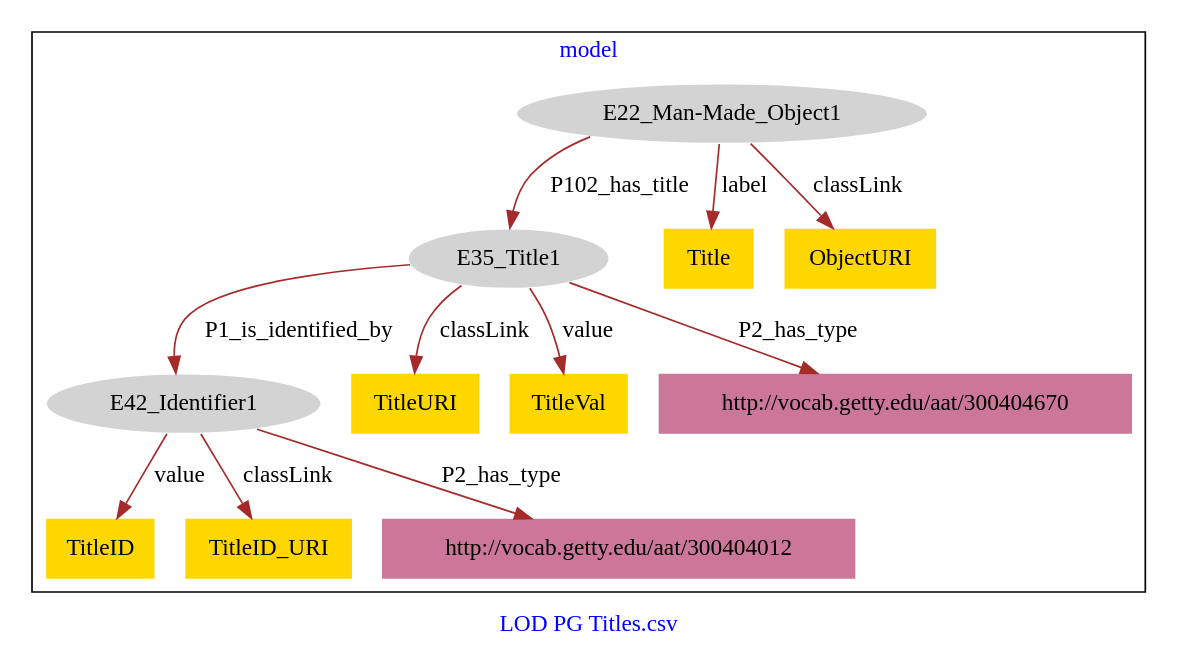
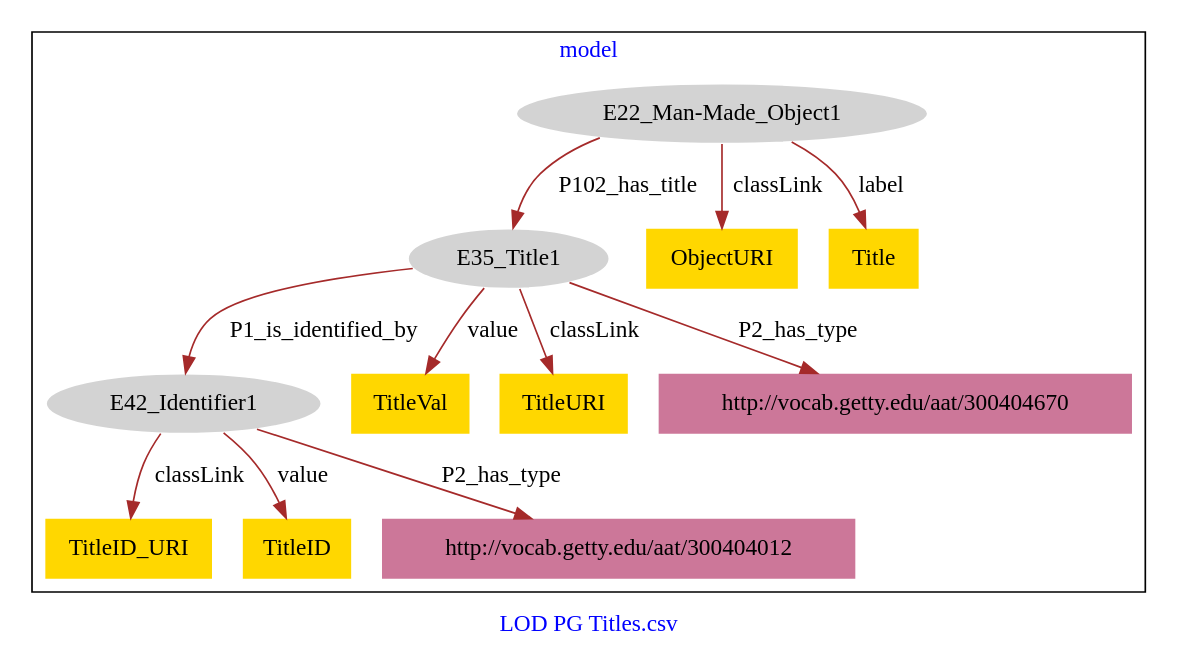
Before and after one commit to american-art/cbm: the diagram in PG_Titles/PG_Titles-model.dot, drawn with Graphviz.

Commit message:
Update file PG_Titles-model.dot

```diff
--- a/PG_Titles/PG_Titles-model.dot
+++ b/PG_Titles/PG_Titles-model.dot
@@ -1,29 +1,29 @@
 digraph n0 {
 fontcolor="blue"
 remincross="true"
 label="LOD PG Titles.csv"
 subgraph cluster {
 label="model"
 n2[style="filled",color="white",fillcolor="lightgray",label="E22_Man-Made_Object1"];
 n3[style="filled",color="white",fillcolor="lightgray",label="E35_Title1"];
 n4[style="filled",color="white",fillcolor="lightgray",label="E42_Identifier1"];
-n5[shape="plaintext",style="filled",fillcolor="gold",label="TitleURI"];
-n6[shape="plaintext",style="filled",fillcolor="gold",label="TitleID"];
-n7[shape="plaintext",style="filled",fillcolor="gold",label="Title"];
-n8[shape="plaintext",style="filled",fillcolor="gold",label="TitleVal"];
-n9[shape="plaintext",style="filled",fillcolor="gold",label="TitleID_URI"];
-n10[shape="plaintext",style="filled",fillcolor="gold",label="ObjectURI"];
+n5[shape="plaintext",style="filled",fillcolor="gold",label="TitleVal"];
+n6[shape="plaintext",style="filled",fillcolor="gold",label="ObjectURI"];
+n7[shape="plaintext",style="filled",fillcolor="gold",label="TitleID_URI"];
+n8[shape="plaintext",style="filled",fillcolor="gold",label="Title"];
+n9[shape="plaintext",style="filled",fillcolor="gold",label="TitleID"];
+n10[shape="plaintext",style="filled",fillcolor="gold",label="TitleURI"];
 n11[shape="plaintext",style="filled",fillcolor="#CC7799",label="http://vocab.getty.edu/aat/300404012"];
 n12[shape="plaintext",style="filled",fillcolor="#CC7799",label="http://vocab.getty.edu/aat/300404670"];
 }
 n2 -> n3[color="brown",fontcolor="black",label="P102_has_title"]
 n3 -> n4[color="brown",fontcolor="black",label="P1_is_identified_by"]
-n3 -> n5[color="brown",fontcolor="black",label="classLink"]
-n4 -> n6[color="brown",fontcolor="black",label="value"]
-n2 -> n7[color="brown",fontcolor="black",label="label"]
-n3 -> n8[color="brown",fontcolor="black",label="value"]
-n4 -> n9[color="brown",fontcolor="black",label="classLink"]
-n2 -> n10[color="brown",fontcolor="black",label="classLink"]
+n3 -> n5[color="brown",fontcolor="black",label="value"]
+n2 -> n6[color="brown",fontcolor="black",label="classLink"]
+n4 -> n7[color="brown",fontcolor="black",label="classLink"]
+n2 -> n8[color="brown",fontcolor="black",label="label"]
+n4 -> n9[color="brown",fontcolor="black",label="value"]
+n3 -> n10[color="brown",fontcolor="black",label="classLink"]
 n4 -> n11[color="brown",fontcolor="black",label="P2_has_type"]
 n3 -> n12[color="brown",fontcolor="black",label="P2_has_type"]
 }
```
